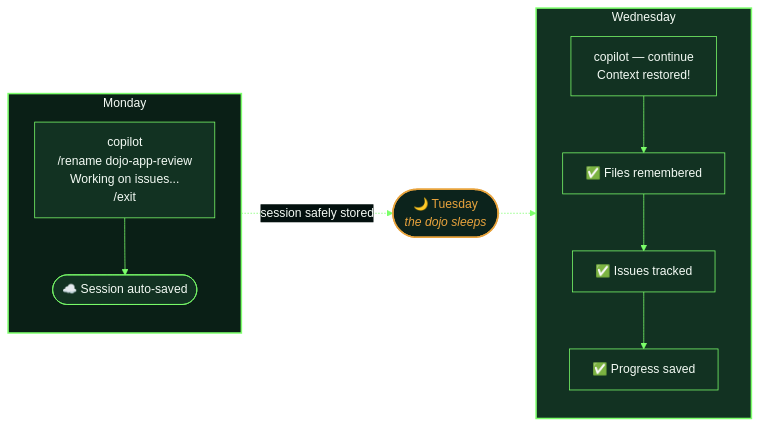
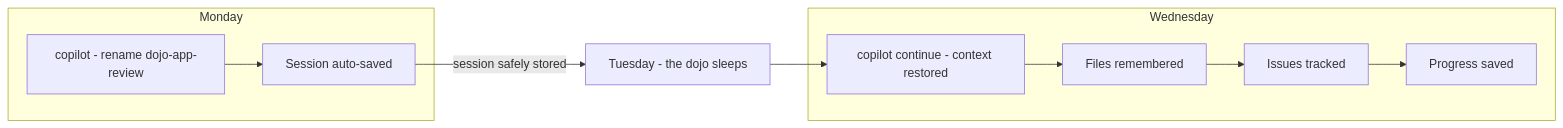
The second of 3 diagrams in 02-context-conversations/README.md (breconno/cowabunga), drawn with Mermaid before and after one commit. The commit also changed other lines of this file and 1 other file, not shown here.

Commit message:
chore: simplify mermaid diagrams in README for improved readability

````diff
--- a/02-context-conversations/README.md
+++ b/02-context-conversations/README.md
@@ -482,43 +454,17 @@
 ```mermaid
-%%{init: {'theme':'base', 'themeVariables': {
-  'primaryColor': '#123222',
-  'primaryTextColor': '#f4fbf5',
-  'primaryBorderColor': '#7cff6b',
-  'lineColor': '#7cff6b',
-  'secondaryColor': '#0a1f16',
-  'secondaryTextColor': '#f4fbf5',
-  'secondaryBorderColor': '#e8a33d',
-  'tertiaryColor': '#0c231c',
-  'tertiaryTextColor': '#f4fbf5',
-  'tertiaryBorderColor': '#7cff6b',
-  'background': '#03100e',
-  'mainBkg': '#123222',
-  'nodeTextColor': '#f4fbf5',
-  'edgeLabelBackground': '#03100e',
-  'fontFamily': 'Verdana'
-}}}%%
 flowchart LR
-    subgraph Mon[" Monday "]
-        direction TB
-        M1["copilot<br/>/rename dojo-app-review<br/>Working on issues...<br/>/exit"]
-        M2(["☁️ Session auto-saved"])
+    subgraph Mon[Monday]
+        M1[copilot - rename dojo-app-review]
+        M2[Session auto-saved]
         M1 --> M2
     end
-
-    Tue(["🌙 Tuesday<br/><i>the dojo sleeps</i>"])
-
-    subgraph Wed[" Wednesday "]
-        direction TB
-        W1["copilot — continue<br/>Context restored!"]
-        W2["✅ Files remembered"]
-        W3["✅ Issues tracked"]
-        W4["✅ Progress saved"]
+    Tue[Tuesday - the dojo sleeps]
+    subgraph Wed[Wednesday]
+        W1[copilot continue - context restored]
+        W2[Files remembered]
+        W3[Issues tracked]
+        W4[Progress saved]
         W1 --> W2 --> W3 --> W4
     end
-
-    Mon -. "session safely stored" .-> Tue -.-> Wed
-
-    style Mon fill:#0a1f16,stroke:#7cff6b,stroke-width:2px
-    style Wed fill:#123222,stroke:#7cff6b,stroke-width:2px
-    style Tue fill:#0c231c,stroke:#e8a33d,stroke-width:2px,color:#e8a33d
+    M2 -->|session safely stored| Tue --> W1
 ```
````
